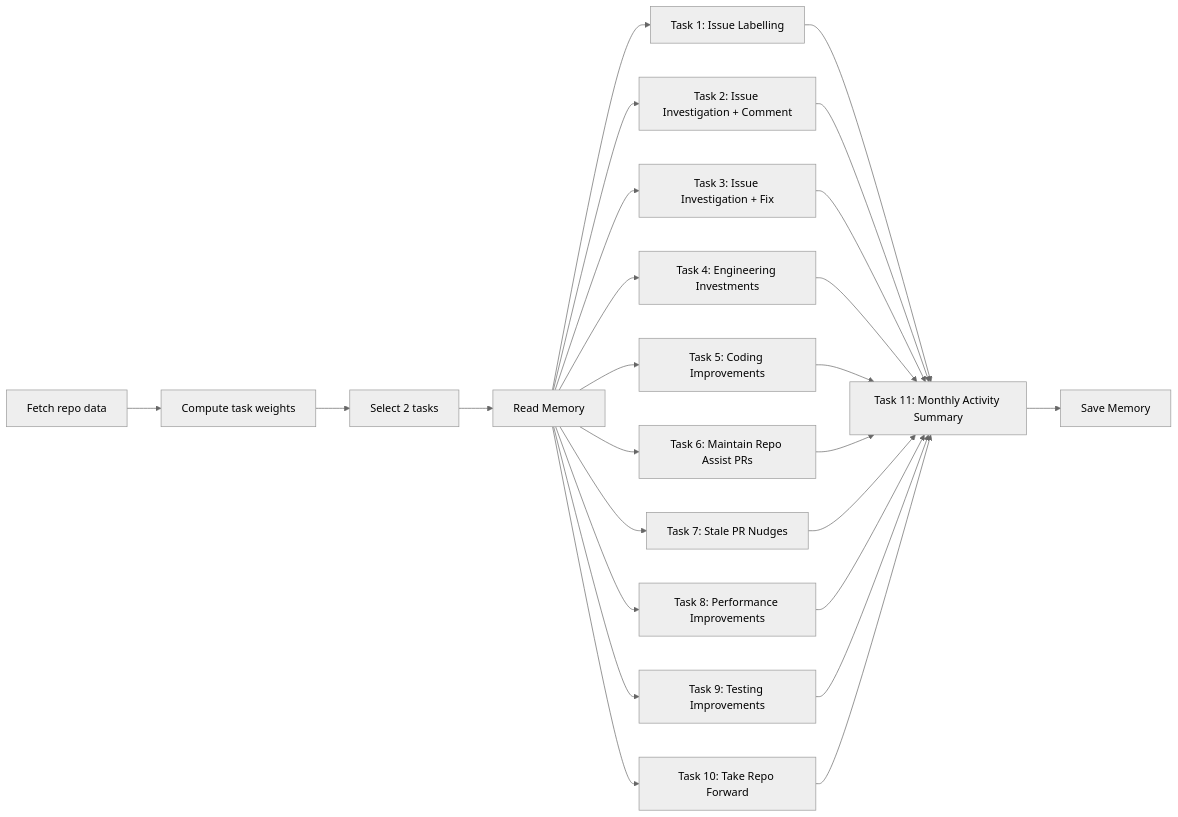
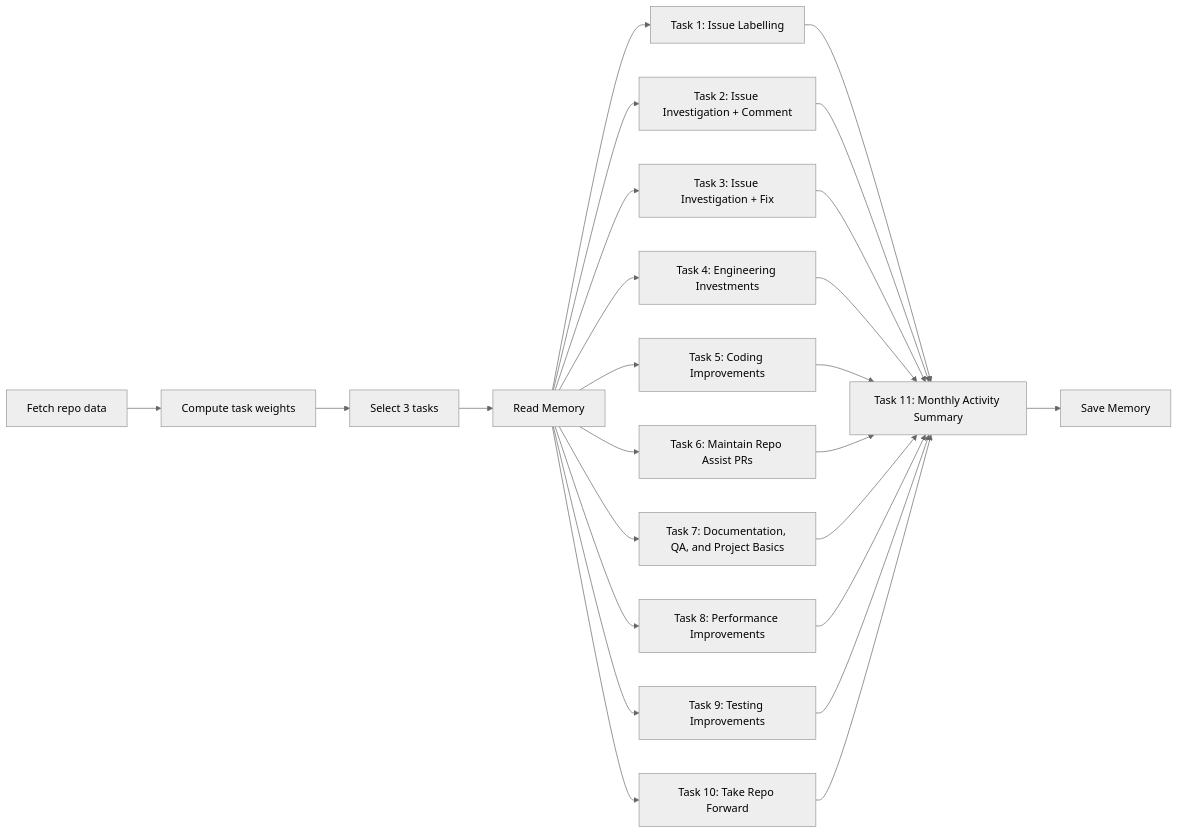
The diagram in docs/repo-assist.md (githubnext/agentics), drawn with Mermaid (neutral theme) before and after one commit. The commit also changed other lines of this file and 1 other file, not shown here.

`````diff
--- a/docs/repo-assist.md
+++ b/docs/repo-assist.md
@@ -21,18 +21,18 @@
 ````mermaid
 graph LR
     P[Fetch repo data] --> W[Compute task weights]
-    W --> S[Select 2 tasks]
+    W --> S[Select 3 tasks]
     S --> A[Read Memory]
     A --> T1[Task 1: Issue Labelling]
     A --> T2[Task 2: Issue Investigation + Comment]
     A --> T3[Task 3: Issue Investigation + Fix]
     A --> T4[Task 4: Engineering Investments]
     A --> T5[Task 5: Coding Improvements]
     A --> T6[Task 6: Maintain Repo Assist PRs]
-    A --> T7[Task 7: Stale PR Nudges]
+    A --> T7[Task 7: Documentation, QA, and Project Basics]
     A --> T8[Task 8: Performance Improvements]
     A --> T9[Task 9: Testing Improvements]
     A --> T10[Task 10: Take Repo Forward]
     T1 & T2 & T3 & T4 & T5 & T6 & T7 & T8 & T9 & T10 --> T11[Task 11: Monthly Activity Summary]
     T11 --> M[Save Memory]
 ````
`````
